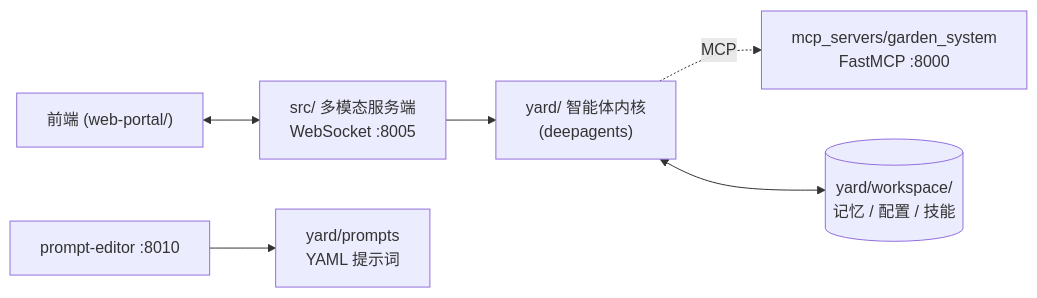
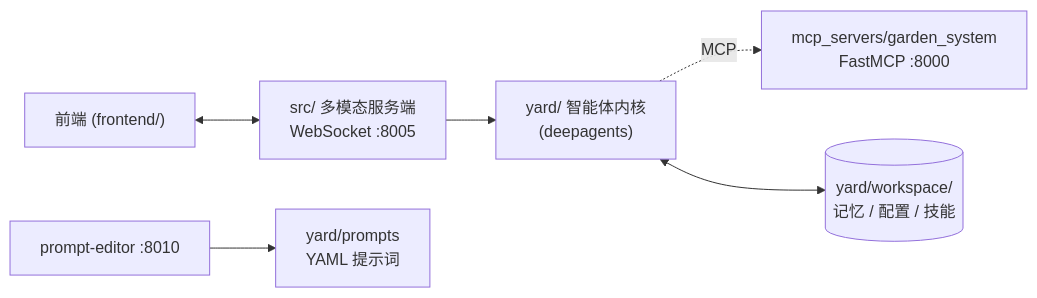
Before and after one commit to sunxu42/gardenagent: the diagram in README.md, drawn with Mermaid. The commit also changed other lines of this file and 123 other files, not shown here.

````diff
--- a/README.md
+++ b/README.md
@@ -14,8 +14,8 @@
 ```mermaid
 flowchart LR
-    Web["前端 (web-portal/)"] <--> Src["src/ 多模态服务端<br/>WebSocket :8005"]
+    Web["前端 (frontend/)"] <--> Src["src/ 多模态服务端<br/>WebSocket :8005"]
     Src --> Yard["yard/ 智能体内核<br/>(deepagents)"]
     Yard -.MCP.-> MCP["mcp_servers/garden_system<br/>FastMCP :8000"]
     Yard <--> Workspace[("yard/workspace/<br/>记忆 / 配置 / 技能")]
     PromptEditor["prompt-editor :8010"] --> PromptsYaml["yard/prompts<br/>YAML 提示词"]
 ```
````
